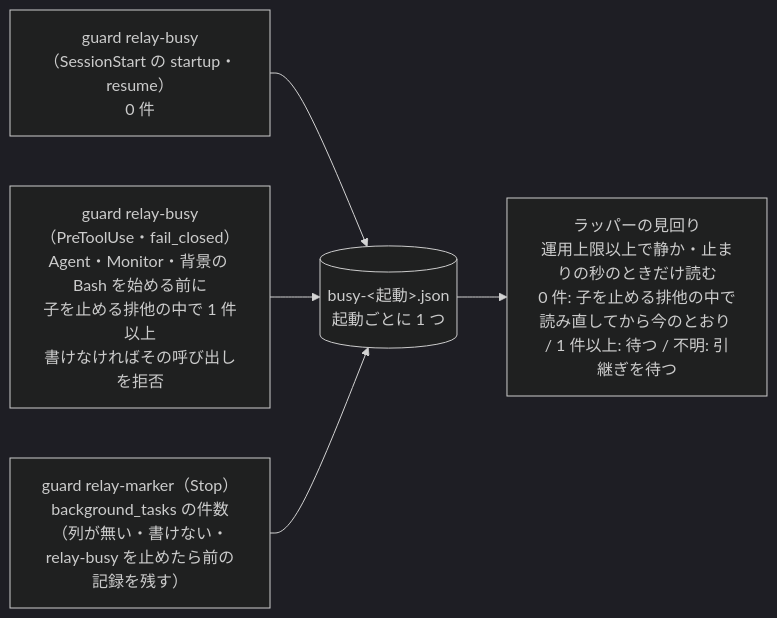
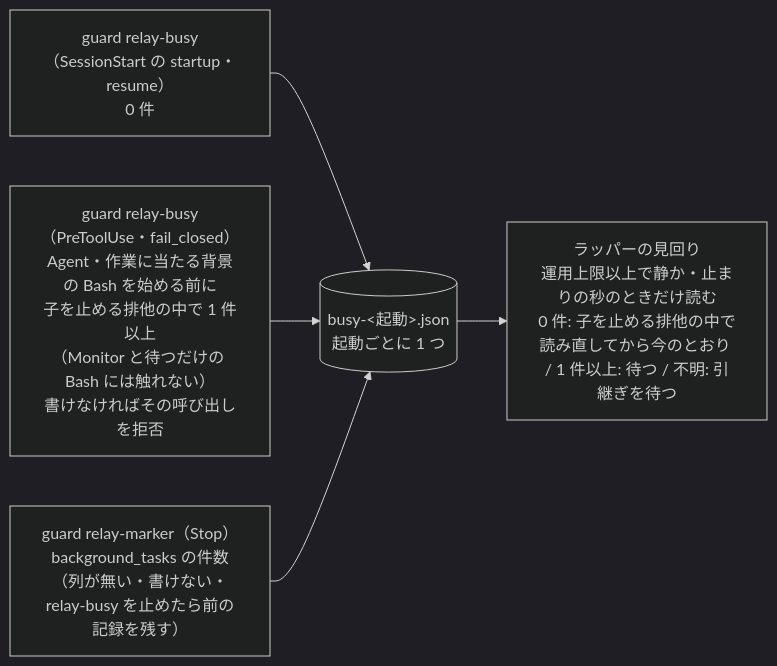
One commit to devbasex/ai-plugins changed the second of 3 diagrams in issues/issue-4049-design.md. Above: the diagram before and after it, drawn with Mermaid (dark theme). The commit also changed other lines of this file and 1 other file, not shown here.

````diff
--- a/issues/issue-4049-design.md
+++ b/issues/issue-4049-design.md
@@ -49,12 +49,12 @@
 ```mermaid
 flowchart LR
   L["guard relay-busy（SessionStart の startup・resume）<br>0 件"]
-  P["guard relay-busy（PreToolUse・fail_closed）<br>Agent・Monitor・背景の Bash を始める前に<br>子を止める排他の中で 1 件以上<br>書けなければその呼び出しを拒否"]
+  P["guard relay-busy（PreToolUse・fail_closed）<br>Agent・作業に当たる背景の Bash を始める前に<br>子を止める排他の中で 1 件以上<br>（Monitor と待つだけの Bash には触れない）<br>書けなければその呼び出しを拒否"]
   S["guard relay-marker（Stop）<br>background_tasks の件数<br>（列が無い・書けない・relay-busy を止めたら前の記録を残す）"]
   B[("busy-&lt;起動&gt;.json<br>起動ごとに 1 つ")]
   R["ラッパーの見回り<br>運用上限以上で静か・止まりの秒のときだけ読む<br>0 件: 子を止める排他の中で読み直してから今のとおり / 1 件以上: 待つ / 不明: 引継ぎを待つ"]
   L --> B
   P --> B
   S --> B
   B --> R
 ```
````
